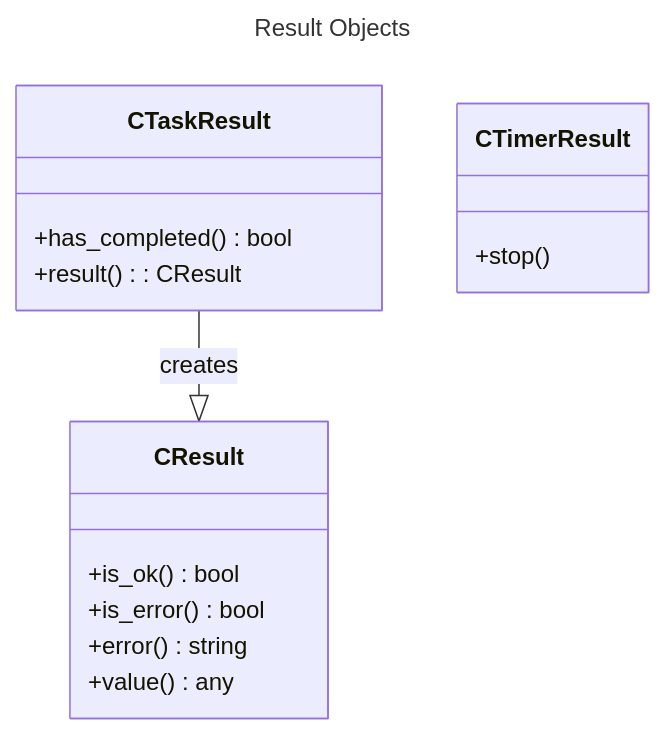
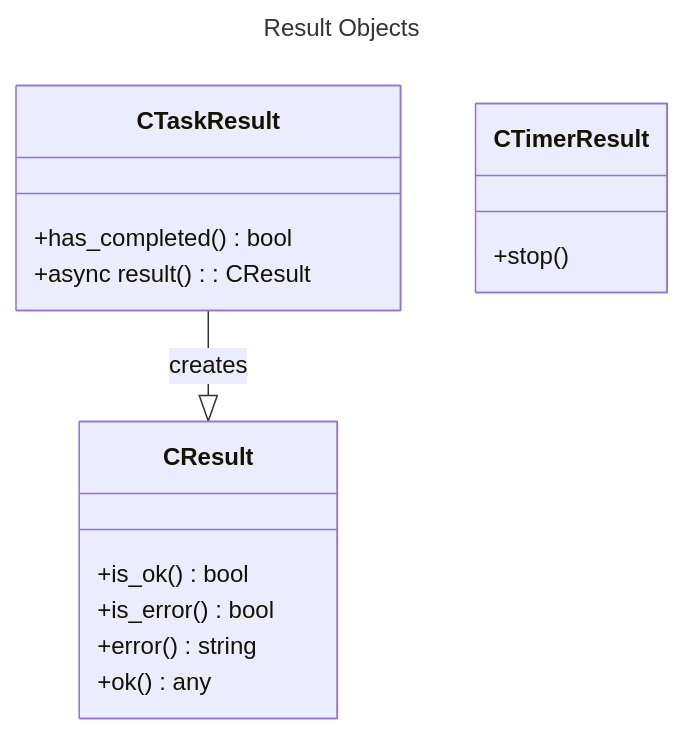
The first of 5 diagrams in mdbook/src/2.0_domain-use-cases.md (CodeMelted/codemelted.rs), drawn with Mermaid before and after one commit. The commit also changed other lines of this file and 17 other files, not shown here.

````diff
--- a/mdbook/src/2.0_domain-use-cases.md
+++ b/mdbook/src/2.0_domain-use-cases.md
@@ -26,20 +73,20 @@
 ```mermaid
 ---
 title: Result Objects
 ---
 classDiagram
   class CResult {
     +is_ok() bool
     +is_error() bool
     +error() string
-    +value() any
+    +ok() any
   }
   class CTaskResult {
     +has_completed() bool
-    +result(): CResult
+    +async result(): CResult
   }
   class CTimerResult {
     +stop()
   }
   CTaskResult --|> CResult: creates
 ```
````
